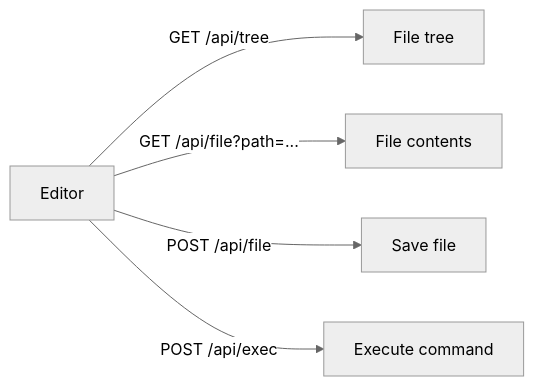
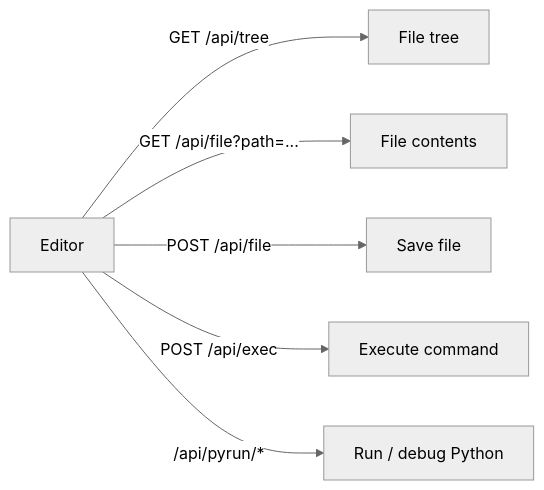
Before and after one commit to vanyap1/SystemMngmntService: the fourth of 4 diagrams in README.md, drawn with Mermaid (neutral theme). The commit also changed other lines of this file and 89 other files, not shown here.

````diff
--- a/README.md
+++ b/README.md
@@ -185,7 +197,8 @@
 ```mermaid
 flowchart LR
     Editor -->|GET /api/tree| FileTree[File tree]
     Editor -->|GET /api/file?path=...| ReadFile[File contents]
     Editor -->|POST /api/file| SaveFile[Save file]
     Editor -->|POST /api/exec| Shell[Execute command]
+    Editor -->|/api/pyrun/*| Debug[Run / debug Python]
 ```
````
